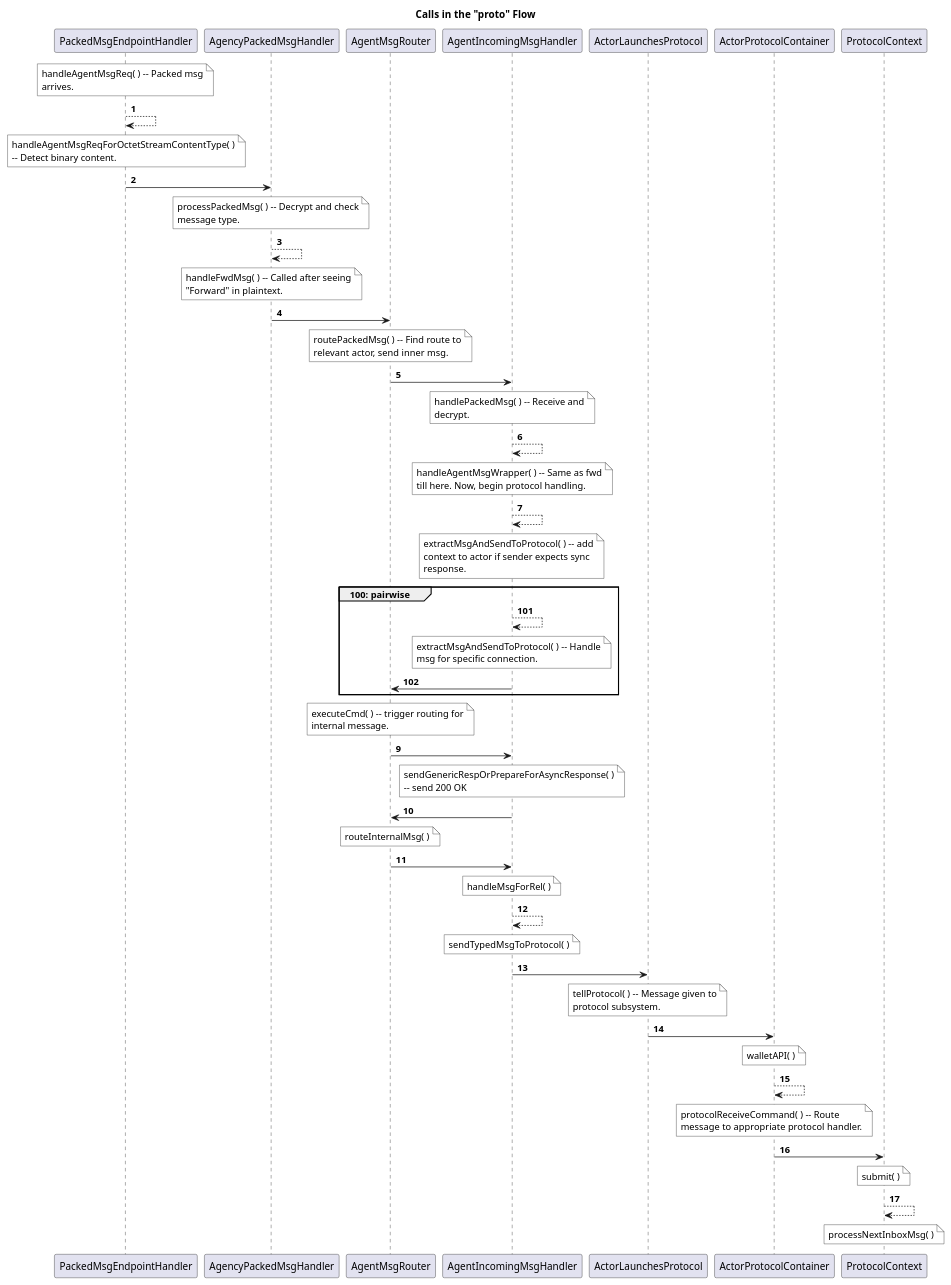
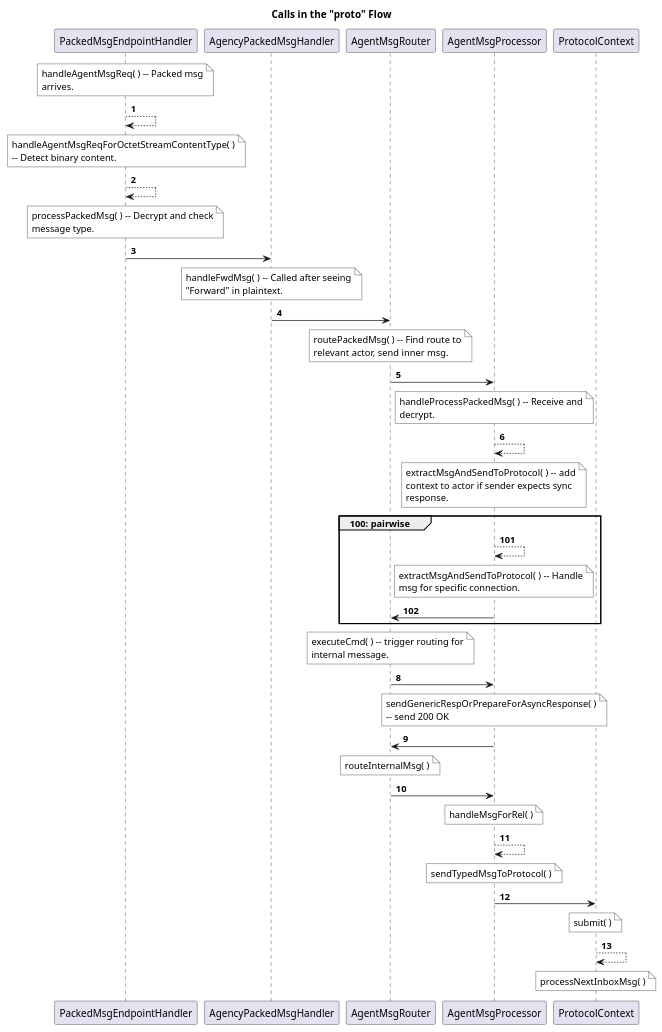
Before and after one commit to evernym/verity: the diagram in doc/proto_flow.puml, drawn with PlantUML. The commit also changed 63 other files, not shown here.

```diff
--- a/doc/proto_flow.puml
+++ b/doc/proto_flow.puml
@@ -1,50 +1,42 @@
 @startuml
 
 title Calls in the "proto" Flow
 
 autonumber 1
 note over PackedMsgEndpointHandler #ffffff: handleAgentMsgReq( ) -- Packed msg\narrives.
 PackedMsgEndpointHandler --> PackedMsgEndpointHandler
 note over PackedMsgEndpointHandler #ffffff: handleAgentMsgReqForOctetStreamContentType( )\n-- Detect binary content.
+PackedMsgEndpointHandler --> PackedMsgEndpointHandler
+note over PackedMsgEndpointHandler #ffffff: processPackedMsg( ) -- Decrypt and check\nmessage type.
 PackedMsgEndpointHandler -> AgencyPackedMsgHandler
-note over AgencyPackedMsgHandler #ffffff: processPackedMsg( ) -- Decrypt and check\nmessage type.
-AgencyPackedMsgHandler --> AgencyPackedMsgHandler
 note over AgencyPackedMsgHandler #ffffff: handleFwdMsg( ) -- Called after seeing\n"Forward" in plaintext.
 AgencyPackedMsgHandler -> AgentMsgRouter
 note over AgentMsgRouter #ffffff: routePackedMsg( ) -- Find route to\nrelevant actor, send inner msg.
-AgentMsgRouter -> AgentIncomingMsgHandler
-note over AgentIncomingMsgHandler #ffffff: handlePackedMsg( ) -- Receive and\ndecrypt.
-AgentIncomingMsgHandler --> AgentIncomingMsgHandler
-note over AgentIncomingMsgHandler #ffffff: handleAgentMsgWrapper( ) -- Same as fwd\ntill here. Now, begin protocol handling.
-AgentIncomingMsgHandler --> AgentIncomingMsgHandler
-note over AgentIncomingMsgHandler #ffffff: extractMsgAndSendToProtocol( ) -- add\ncontext to actor if sender expects sync\nresponse.
+AgentMsgRouter -> AgentMsgProcessor
+note over AgentMsgProcessor #ffffff: handleProcessPackedMsg( ) -- Receive and\ndecrypt.
+AgentMsgProcessor --> AgentMsgProcessor
+note over AgentMsgProcessor #ffffff: extractMsgAndSendToProtocol( ) -- add\ncontext to actor if sender expects sync\nresponse.
 
 group 100: pairwise
 autonumber 101
-AgentIncomingMsgHandler --> AgentIncomingMsgHandler
-note over AgentIncomingMsgHandler #ffffff: extractMsgAndSendToProtocol( ) -- Handle\nmsg for specific connection.
-AgentIncomingMsgHandler -> AgentMsgRouter
+AgentMsgProcessor --> AgentMsgProcessor
+note over AgentMsgProcessor #ffffff: extractMsgAndSendToProtocol( ) -- Handle\nmsg for specific connection.
+AgentMsgProcessor -> AgentMsgRouter
 end
 
-autonumber 9
+autonumber 8
 note over AgentMsgRouter #ffffff: executeCmd( ) -- trigger routing for\ninternal message.
-AgentMsgRouter -> AgentIncomingMsgHandler
-note over AgentIncomingMsgHandler #ffffff: sendGenericRespOrPrepareForAsyncResponse( )\n-- send 200 OK
-AgentIncomingMsgHandler -> AgentMsgRouter
+AgentMsgRouter -> AgentMsgProcessor
+note over AgentMsgProcessor #ffffff: sendGenericRespOrPrepareForAsyncResponse( )\n-- send 200 OK
+AgentMsgProcessor -> AgentMsgRouter
 note over AgentMsgRouter #ffffff: routeInternalMsg( )
-AgentMsgRouter -> AgentIncomingMsgHandler
-note over AgentIncomingMsgHandler #ffffff: handleMsgForRel( )
-AgentIncomingMsgHandler --> AgentIncomingMsgHandler
-note over AgentIncomingMsgHandler #ffffff: sendTypedMsgToProtocol( )
-AgentIncomingMsgHandler -> ActorLaunchesProtocol
-note over ActorLaunchesProtocol #ffffff: tellProtocol( ) -- Message given to\nprotocol subsystem.
-ActorLaunchesProtocol -> ActorProtocolContainer
-note over ActorProtocolContainer #ffffff: walletAPI( )
-ActorProtocolContainer --> ActorProtocolContainer
-note over ActorProtocolContainer #ffffff: protocolReceiveCommand( ) -- Route\nmessage to appropriate protocol handler.
-ActorProtocolContainer -> ProtocolContext
+AgentMsgRouter -> AgentMsgProcessor
+note over AgentMsgProcessor #ffffff: handleMsgForRel( )
+AgentMsgProcessor --> AgentMsgProcessor
+note over AgentMsgProcessor #ffffff: sendTypedMsgToProtocol( )
+AgentMsgProcessor -> ProtocolContext
 note over ProtocolContext #ffffff: submit( )
 ProtocolContext --> ProtocolContext
 note over ProtocolContext #ffffff: processNextInboxMsg( )
 
 @enduml
```
